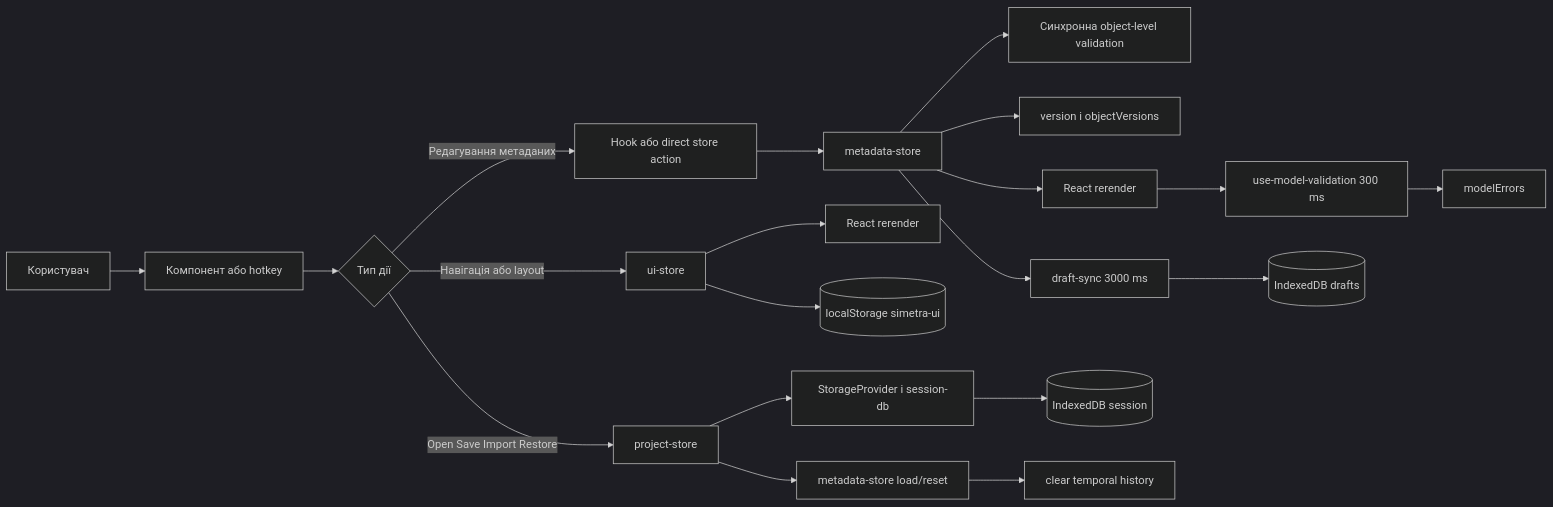
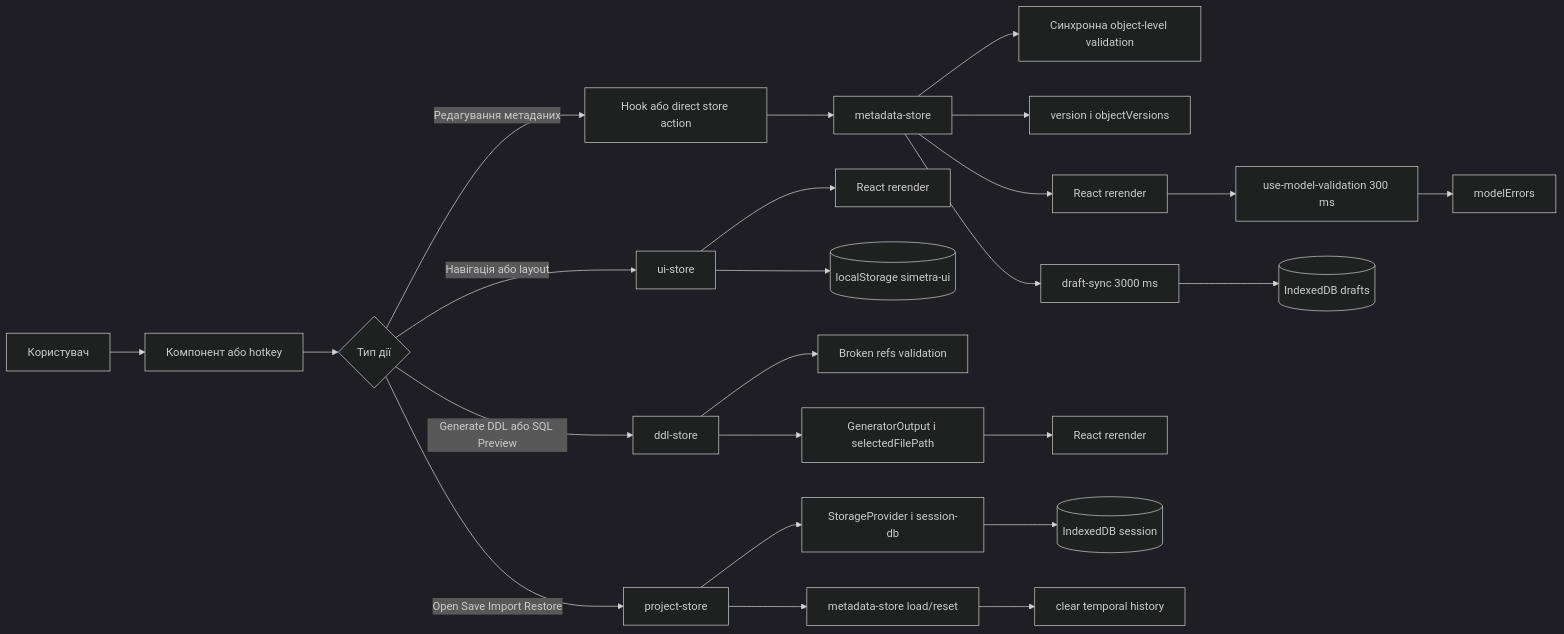
One commit to VSydorenko/Simetra changed the diagram in docs/architecture/state-management.md. Above: the diagram before and after it, drawn with Mermaid (dark theme). The commit also changed other lines of this file and 30 other files, not shown here.

````diff
--- a/docs/architecture/state-management.md
+++ b/docs/architecture/state-management.md
@@ -338,25 +366,30 @@
 ```mermaid
 flowchart LR
   A[Користувач] --> B[Компонент або hotkey]
   B --> C{Тип дії}
 
   C -->|Редагування метаданих| D[Hook або direct store action]
   D --> E[metadata-store]
   E --> F[Синхронна object-level validation]
   E --> G[version і objectVersions]
   E --> H[React rerender]
   H --> I[use-model-validation 300 ms]
   I --> J[modelErrors]
   E --> K[draft-sync 3000 ms]
   K --> L[(IndexedDB drafts)]
 
   C -->|Навігація або layout| M[ui-store]
   M --> N[React rerender]
   M --> O[(localStorage simetra-ui)]
 
+  C -->|Generate DDL або SQL Preview| U[ddl-store]
+  U --> V[Broken refs validation]
+  U --> W[GeneratorOutput і selectedFilePath]
+  W --> X[React rerender]
+
   C -->|Open Save Import Restore| P[project-store]
   P --> Q[StorageProvider і session-db]
   Q --> R[(IndexedDB session)]
   P --> S[metadata-store load/reset]
   S --> T[clear temporal history]
 ```
````
